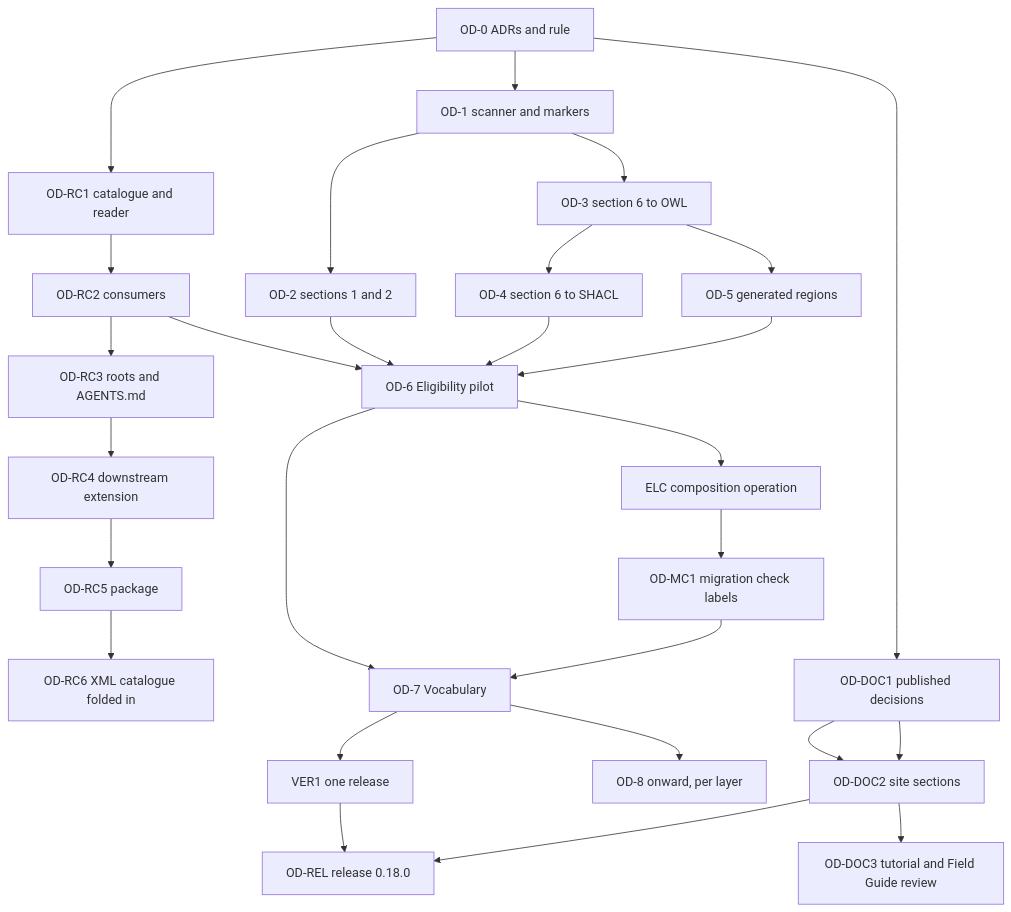
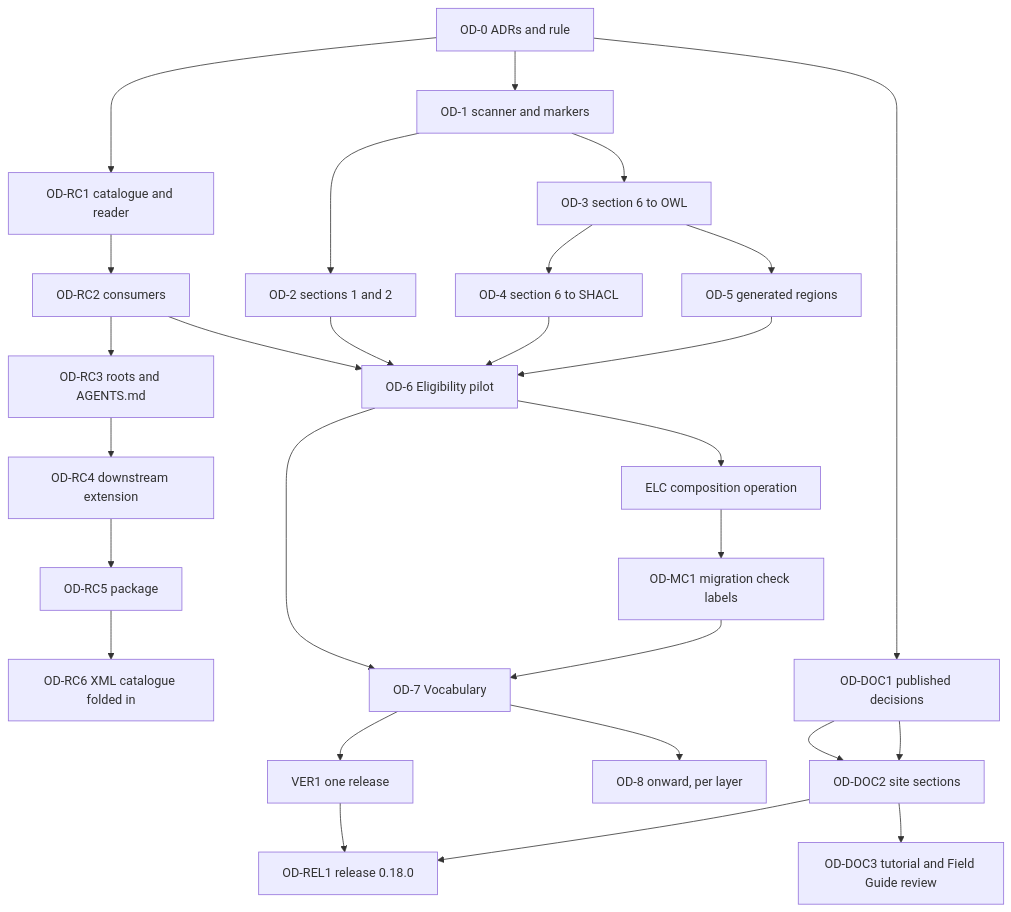
The diagram in docs/developer/plans/improved-ontology-documentation.md (nebularis/lattice), drawn with Mermaid before and after one commit. The commit also changed other lines of this file and 17 other files, not shown here.

First line of the commit message:
Unit state from the tree for the roadmap, and OD-ELC1 and OD-REL1 on the grammar, found by the merge gate

````diff
--- a/docs/developer/plans/improved-ontology-documentation.md
+++ b/docs/developer/plans/improved-ontology-documentation.md
@@ -219,30 +219,30 @@
 ```mermaid
 flowchart TB
     OD-0["OD-0 ADRs and rule"] --> OD-RC1["OD-RC1 catalogue and reader"]
     OD-0 --> OD-1["OD-1 scanner and markers"]
     OD-RC1 --> OD-RC2["OD-RC2 consumers"]
     OD-RC2 --> OD-RC3["OD-RC3 roots and AGENTS.md"]
     OD-1 --> OD-2["OD-2 sections 1 and 2"]
     OD-1 --> OD-3["OD-3 section 6 to OWL"]
     OD-3 --> OD-4["OD-4 section 6 to SHACL"]
     OD-3 --> OD-5["OD-5 generated regions"]
     OD-RC2 --> OD-6
     OD-2 --> OD-6["OD-6 Eligibility pilot"]
     OD-4 --> OD-6
     OD-5 --> OD-6
     OD-6 --> OD-7["OD-7 Vocabulary"]
     OD-6 --> ELC["ELC composition operation"]
     ELC --> OD-MC1["OD-MC1 migration check labels"]
     OD-MC1 --> OD-7
     OD-7 --> VER1["VER1 one release"]
-    VER1 --> REL["OD-REL release 0.18.0"]
+    VER1 --> REL["OD-REL1 release 0.18.0"]
     OD-DOC1 --> OD-DOC2
     OD-DOC2 --> REL
     OD-7 --> MIG["OD-8 onward, per layer"]
     OD-0 --> OD-DOC1["OD-DOC1 published decisions"]
     OD-DOC1 --> OD-DOC2["OD-DOC2 site sections"]
     OD-DOC2 --> OD-DOC3["OD-DOC3 tutorial and Field Guide review"]
     OD-RC3 --> OD-RC4["OD-RC4 downstream extension"]
     OD-RC4 --> OD-RC5["OD-RC5 package"]
     OD-RC5 --> OD-RC6["OD-RC6 XML catalogue folded in"]
 ```
````
